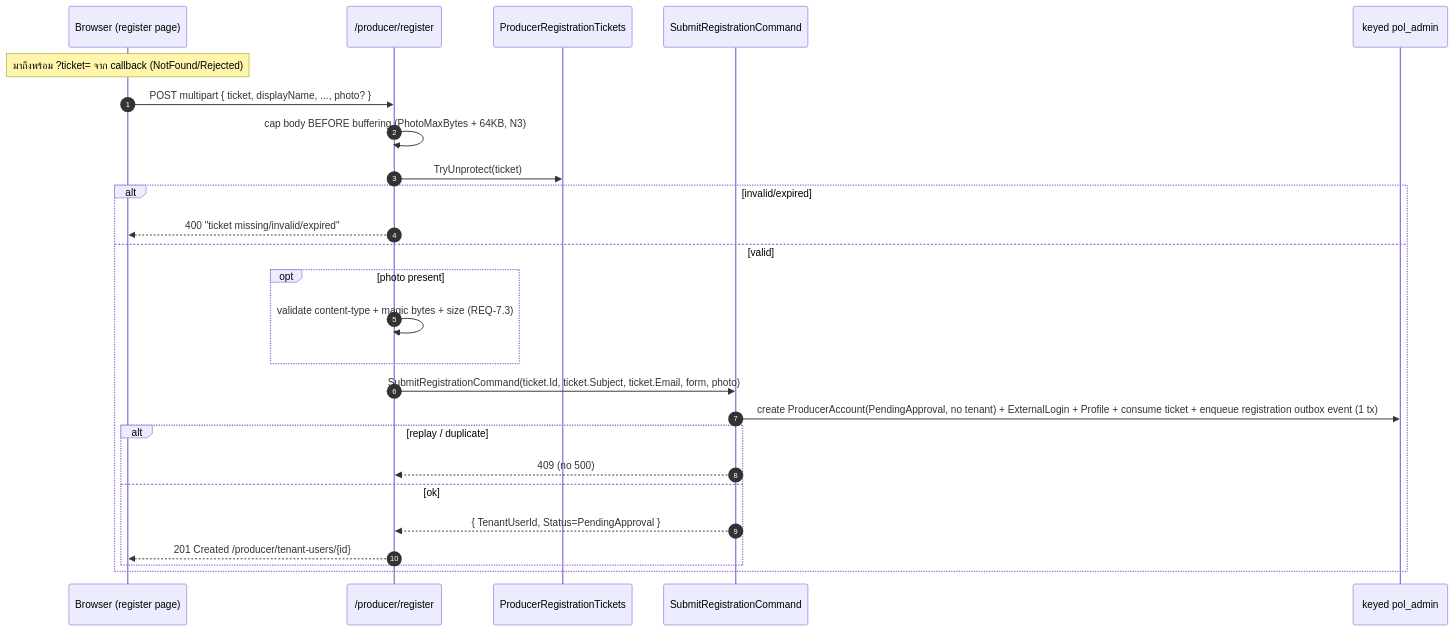
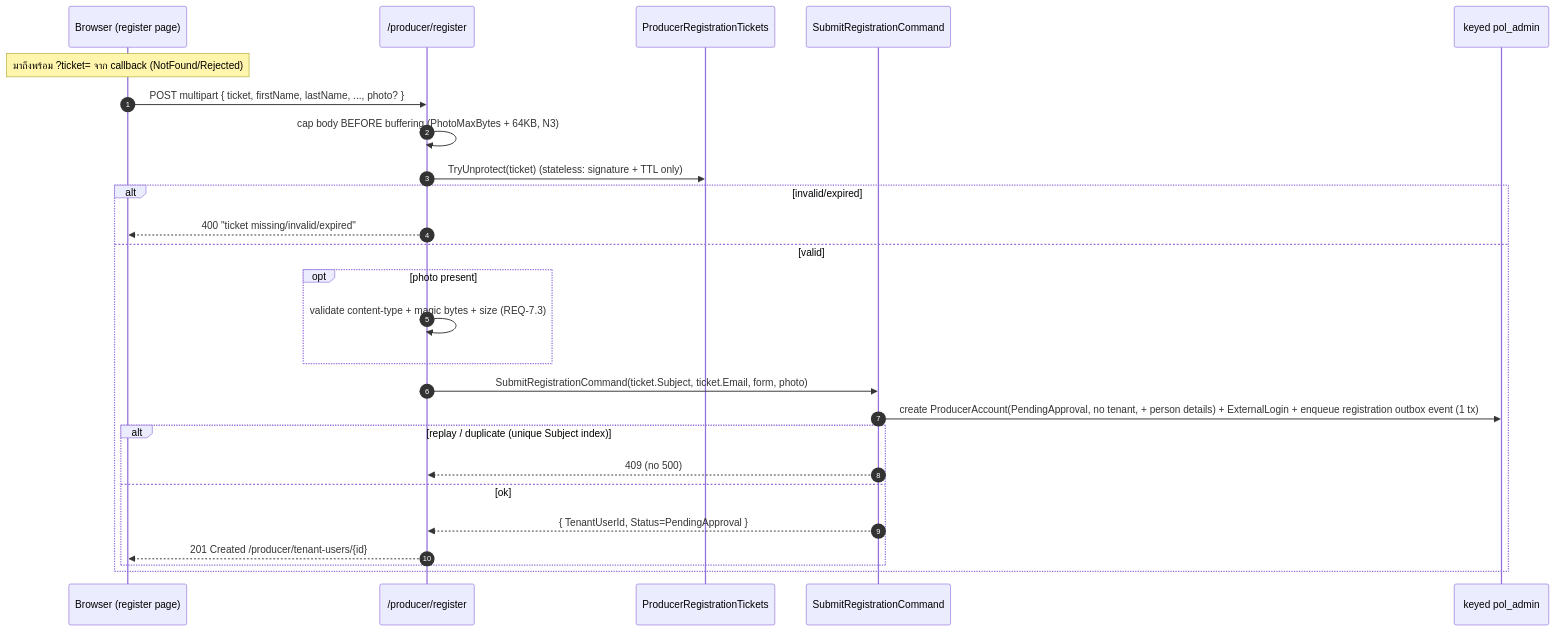
One commit to metrodiesign/pol-core changed the fourth of 7 diagrams in docs/reference/producer-google-sso.md. Above: the diagram before and after it, drawn with Mermaid. The commit also changed other lines of this file and 33 other files, not shown here.

First line of the commit message:
refactor(producer): move person data onto ProducerAccount, stateless ticket, + fixes

````diff
--- a/docs/reference/producer-google-sso.md
+++ b/docs/reference/producer-google-sso.md
@@ -346,29 +337,29 @@
 ```mermaid
 sequenceDiagram
     autonumber
     participant B as Browser (register page)
     participant API as /producer/register
     participant T as ProducerRegistrationTickets
     participant SR as SubmitRegistrationCommand
     participant DB as keyed pol_admin
 
     Note over B: มาถึงพร้อม ?ticket= จาก callback (NotFound/Rejected)
-    B->>API: POST multipart { ticket, displayName, ..., photo? }
+    B->>API: POST multipart { ticket, firstName, lastName, ..., photo? }
     API->>API: cap body BEFORE buffering (PhotoMaxBytes + 64KB, N3)
-    API->>T: TryUnprotect(ticket)
+    API->>T: TryUnprotect(ticket)  (stateless: signature + TTL only)
     alt invalid/expired
         API-->>B: 400 "ticket missing/invalid/expired"
     else valid
         opt photo present
             API->>API: validate content-type + magic bytes + size (REQ-7.3)
         end
-        API->>SR: SubmitRegistrationCommand(ticket.Id, ticket.Subject, ticket.Email, form, photo)
-        SR->>DB: create ProducerAccount(PendingApproval, no tenant) + ExternalLogin + Profile + consume ticket + enqueue registration outbox event  (1 tx)
-        alt replay / duplicate
+        API->>SR: SubmitRegistrationCommand(ticket.Subject, ticket.Email, form, photo)
+        SR->>DB: create ProducerAccount(PendingApproval, no tenant, + person details) + ExternalLogin + enqueue registration outbox event  (1 tx)
+        alt replay / duplicate (unique Subject index)
             SR-->>API: 409 (no 500)
         else ok
             SR-->>API: { TenantUserId, Status=PendingApproval }
             API-->>B: 201 Created /producer/tenant-users/{id}
         end
     end
 ```
````
